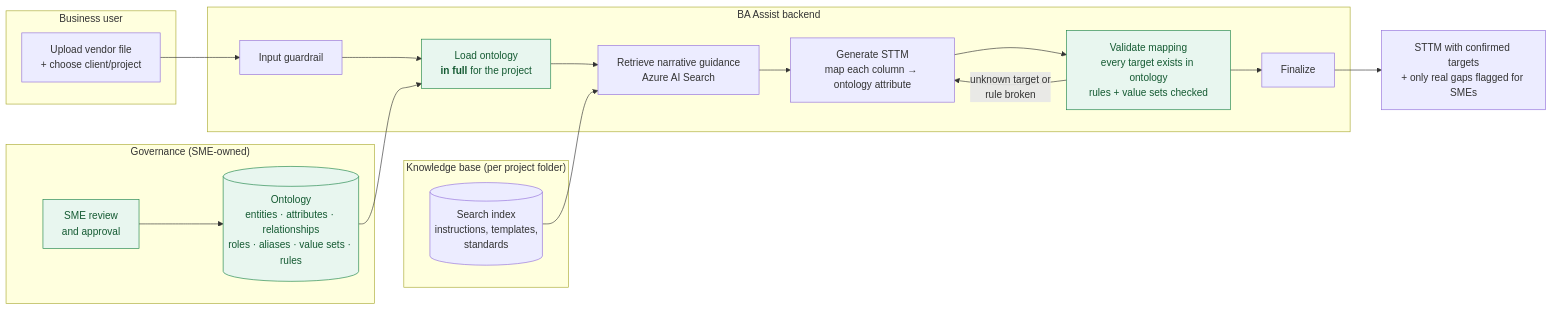
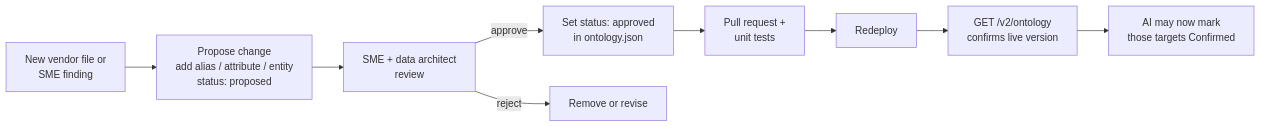
The sixth of 6 diagrams in ontology.md (oterademoacrisure/P_Backend_FastAPI_Azure), drawn with Mermaid before and after one commit. The commit also changed other lines of this file, not shown here.

````diff
--- a/ontology.md
+++ b/ontology.md
@@ -267,35 +446,11 @@
 ```mermaid
 flowchart LR
-    subgraph User["Business user"]
-        U[Upload vendor file<br/>+ choose client/project]
-    end
-
-    subgraph Gov["Governance (SME-owned)"]
-        ONT[(Ontology<br/>entities · attributes · relationships<br/>roles · aliases · value sets · rules)]
-        AP[SME review<br/>and approval]
-        AP --> ONT
-    end
-
-    subgraph API["BA Assist backend"]
-        G[Input guardrail]
-        LOAD[Load ontology<br/><b>in full</b> for the project]
-        R[Retrieve narrative guidance<br/>Azure AI Search]
-        GEN[Generate STTM<br/>map each column → ontology attribute]
-        V[Validate mapping<br/>every target exists in ontology<br/>rules + value sets checked]
-        F[Finalize]
-    end
-
-    subgraph KB["Knowledge base (per project folder)"]
-        S[(Search index<br/>instructions, templates,<br/>standards)]
-    end
-
-    O[STTM with confirmed targets<br/>+ only real gaps flagged for SMEs]
-
-    U --> G --> LOAD --> R --> GEN --> V --> F --> O
-    ONT --> LOAD
-    S --> R
-    V -- "unknown target or<br/>rule broken" --> GEN
-
-    classDef new fill:#e8f6ef,stroke:#1e8449,color:#145a32;
-    class ONT,AP,LOAD,V new;
+    A["New vendor file or<br/>SME finding"] --> B["Propose change<br/>add alias / attribute / entity<br/>status: proposed"]
+    B --> C["SME + data architect<br/>review"]
+    C -- approve --> D["Set status: approved<br/>in ontology.json"]
+    C -- reject --> X["Remove or revise"]
+    D --> E["Pull request +<br/>unit tests"]
+    E --> F["Redeploy"]
+    F --> G["GET /v2/ontology<br/>confirms live version"]
+    G --> H["AI may now mark<br/>those targets Confirmed"]
 ```
````
